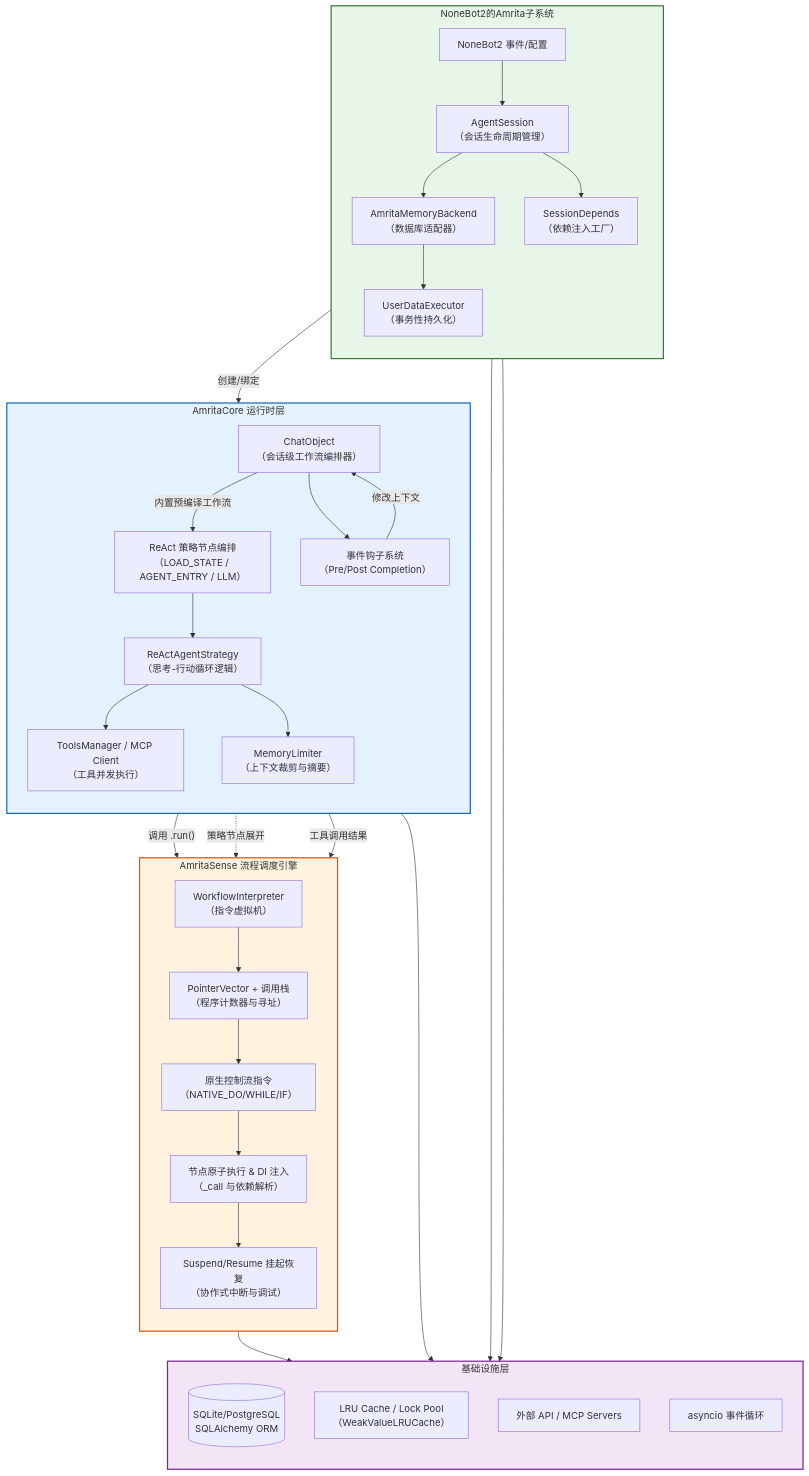
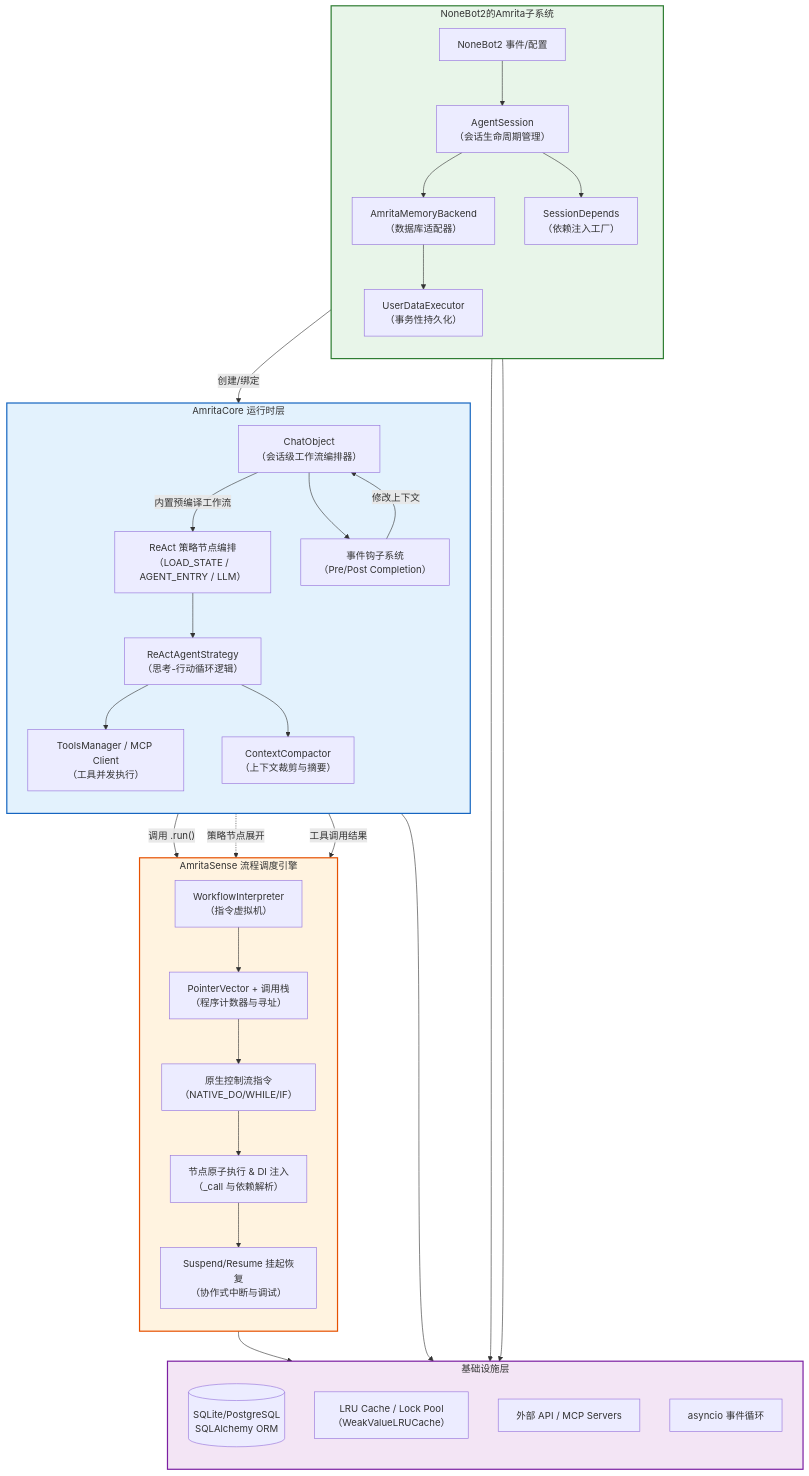
The first of 5 diagrams in docs/amrita/advanced/architecture.md (AmritaBot/amrita-docs), drawn with Mermaid before and after one commit. The commit also changed other lines of this file and 2 other files, not shown here.

````diff
--- a/docs/amrita/advanced/architecture.md
+++ b/docs/amrita/advanced/architecture.md
@@ -15,58 +27,58 @@
 ```mermaid
 graph TD
     %% 定义样式
     classDef plugin fill:#e8f5e9,stroke:#2e7d32,stroke-width:2px;
     classDef core fill:#e3f2fd,stroke:#1565c0,stroke-width:2px;
     classDef sense fill:#fff3e0,stroke:#e65100,stroke-width:2px;
     classDef infra fill:#f3e5f5,stroke:#7b1fa2,stroke-width:2px;
 
     %% 1. 应用与插件接入层 (Plugin/Adapter Layer)
     subgraph Application_Plugin_Layer [NoneBot2的Amrita子系统]
         direction TB
         A[NoneBot2 事件/配置] --> B[AgentSession<br>（会话生命周期管理）]
         B --> C[AmritaMemoryBackend<br>（数据库适配器）]
         C --> D[UserDataExecutor<br>（事务性持久化）]
         B --> E[SessionDepends<br>（依赖注入工厂）]
     end
 
     %% 2. AmritaCore 运行时层 (Agent Runtime Layer)
     subgraph Core_Runtime_Layer [AmritaCore 运行时层]
         direction TB
         B -- 创建/绑定 --> F[ChatObject<br>（会话级工作流编排器）]
         F -- 内置预编译工作流 --> G[ReAct 策略节点编排<br>（LOAD_STATE / AGENT_ENTRY / LLM）]
         G --> H[ReActAgentStrategy<br>（思考-行动循环逻辑）]
         H --> I[ToolsManager / MCP Client<br>（工具并发执行）]
-        H --> J[MemoryLimiter<br>（上下文裁剪与摘要）]
+        H --> J[ContextCompactor<br>（上下文裁剪与摘要）]
         F --> K[事件钩子系统<br>（Pre/Post Completion）]
     end
 
     %% 3. AmritaSense 流程调度层 (Meta-Framework Layer)
     subgraph Sense_Orchestration_Layer [AmritaSense 流程调度引擎]
         direction TB
         F -- 调用 .run() --> L[WorkflowInterpreter<br>（指令虚拟机）]
         L --> M[PointerVector + 调用栈<br>（程序计数器与寻址）]
         M --> N[原生控制流指令<br>（NATIVE_DO/WHILE/IF）]
         N --> O[节点原子执行 & DI 注入<br>（_call 与依赖解析）]
         O --> P[Suspend/Resume 挂起恢复<br>（协作式中断与调试）]
     end
 
     %% 4. 基础设施层 (Infrastructure Layer)
     subgraph Infrastructure_Layer [基础设施层]
         direction TB
         D --> Q[(SQLite/PostgreSQL<br>SQLAlchemy ORM)]
         C --> R[LRU Cache / Lock Pool<br>（WeakValueLRUCache）]
         I --> S[外部 API / MCP Servers]
         P --> T[asyncio 事件循环]
     end
 
     %% 跨层连接
     G -.->|策略节点展开| N
     H -- 工具调用结果 --> O
     K -- 修改上下文 --> F
 
     %% 样式应用
     class Application_Plugin_Layer plugin;
     class Core_Runtime_Layer core;
     class Sense_Orchestration_Layer sense;
     class Infrastructure_Layer infra;
 ```
````
